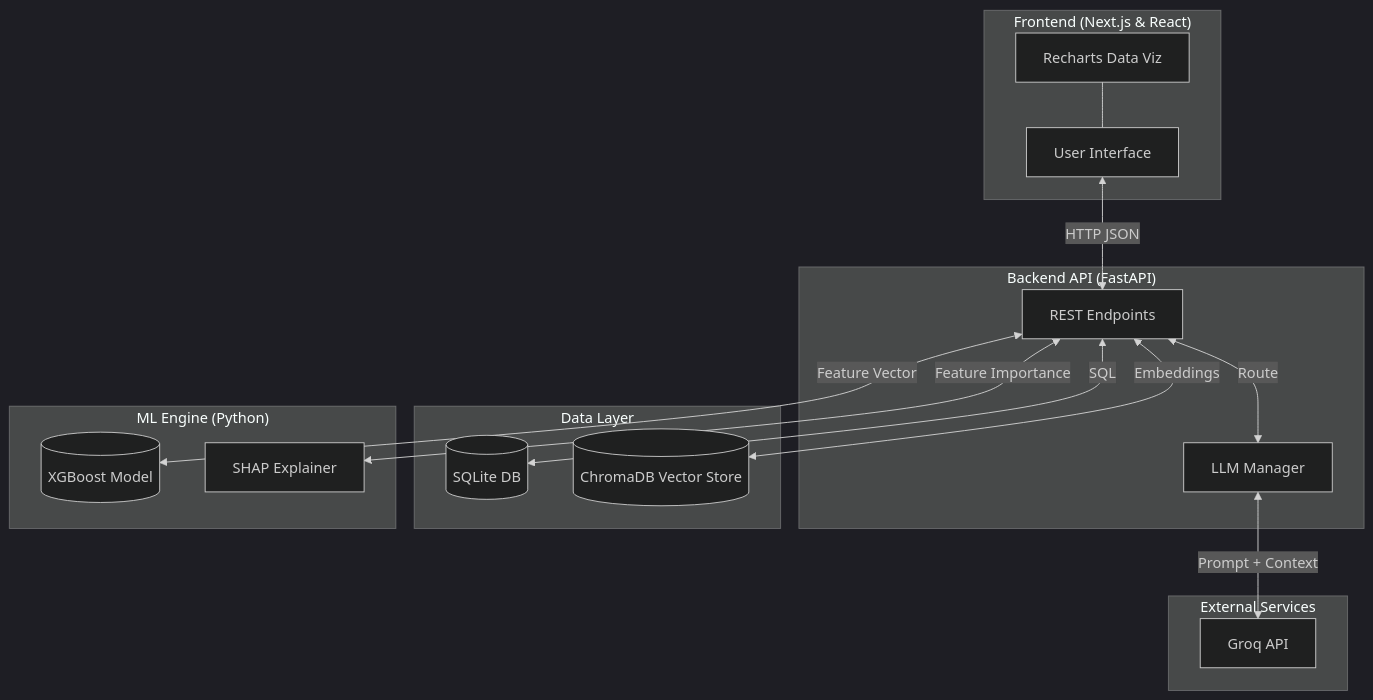
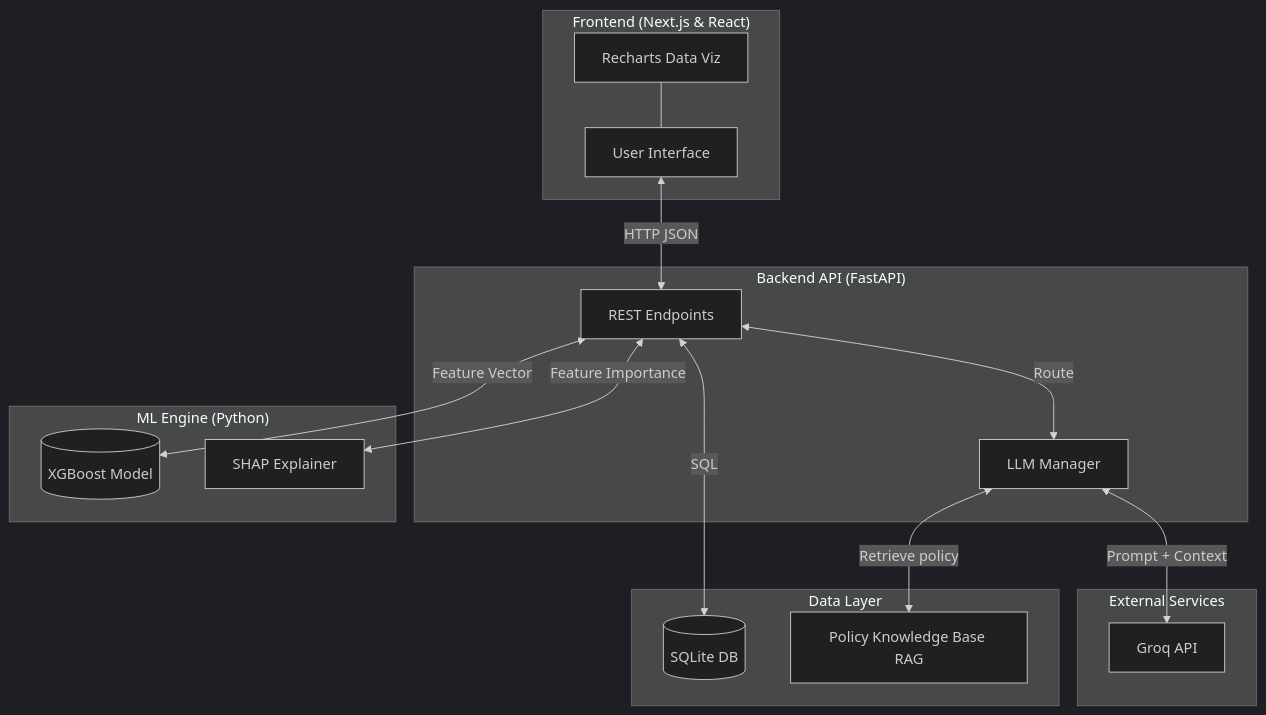
Before and after one commit to Saracasm/Credit-Risk-Scorer: the diagram in README.md, drawn with Mermaid (dark theme). The commit also changed other lines of this file and 7 other files, not shown here.

First line of the commit message:
Add knowledge-base chip to dashboard and remove redundant ChromaDB code

````diff
--- a/README.md
+++ b/README.md
@@ -18,36 +18,36 @@
 ```mermaid
 graph TD
     subgraph Frontend ["Frontend (Next.js & React)"]
         UI[User Interface]
         Chart[Recharts Data Viz]
     end
 
     subgraph Backend ["Backend API (FastAPI)"]
         API[REST Endpoints]
         LLMProxy[LLM Manager]
     end
 
     subgraph Data ["Data Layer"]
         SQLite[(SQLite DB)]
-        Chroma[(ChromaDB Vector Store)]
+        KB[Policy Knowledge Base RAG]
     end
 
     subgraph ML_System ["ML Engine (Python)"]
         Model[(XGBoost Model)]
         SHAP[SHAP Explainer]
     end
     
     subgraph External ["External Services"]
         Groq[Groq API]
     end
 
     UI <-->|HTTP JSON| API
     Chart --- UI
     
     API <-->|Feature Vector| Model
     API <-->|Feature Importance| SHAP
     API <-->|SQL| SQLite
-    API <-->|Embeddings| Chroma
+    LLMProxy <-->|Retrieve policy| KB
     LLMProxy <-->|Prompt + Context| Groq
     API <-->|Route| LLMProxy
 ```
````
